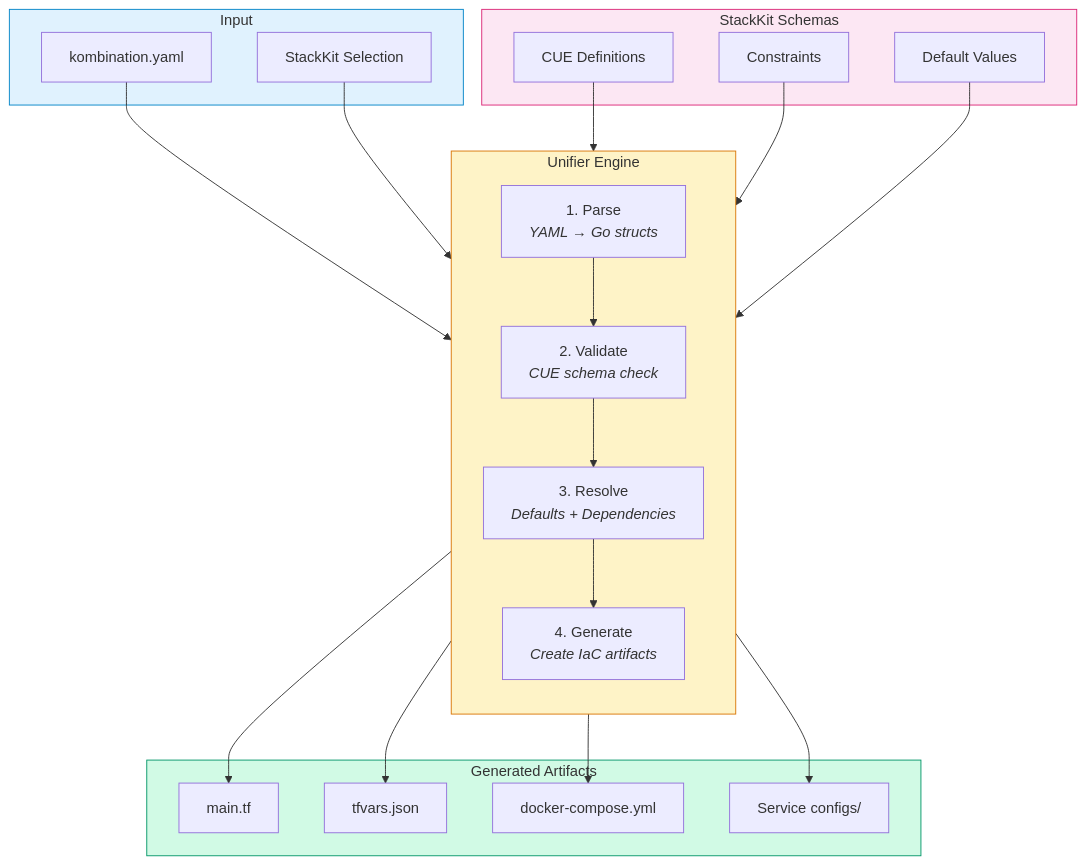
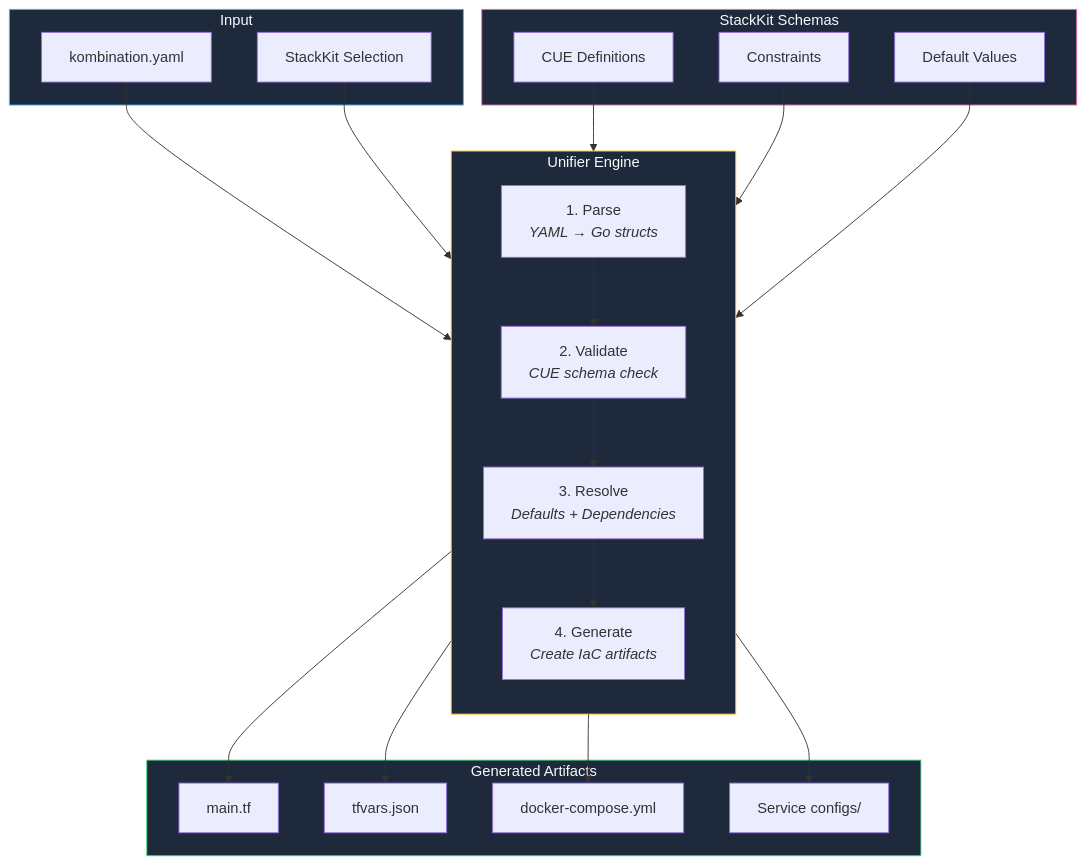
The second of 4 diagrams in concepts/spec-driven.mdx (KombiverseLabs/docs), drawn with Mermaid before and after one commit. The commit also changed other lines of this file and 33 other files, not shown here.

````diff
--- a/concepts/spec-driven.mdx
+++ b/concepts/spec-driven.mdx
@@ -187,40 +185,40 @@
 ```mermaid
 flowchart TB
     subgraph Input["Input"]
         YAML["kombination.yaml"]
         Kit["StackKit Selection"]
     end
 
     subgraph Unifier["Unifier Engine"]
         direction TB
         Parse["1. Parse<br/><i>YAML → Go structs</i>"]
         Validate["2. Validate<br/><i>CUE schema check</i>"]
         Resolve["3. Resolve<br/><i>Defaults + Dependencies</i>"]
         Generate["4. Generate<br/><i>Create IaC artifacts</i>"]
         
         Parse --> Validate --> Resolve --> Generate
     end
 
     subgraph Validation["StackKit Schemas"]
         CUE["CUE Definitions"]
         Constraints["Constraints"]
         Defaults["Default Values"]
     end
 
     subgraph Output["Generated Artifacts"]
         TF["main.tf"]
         Vars["tfvars.json"]
         Compose["docker-compose.yml"]
         Configs["Service configs/"]
     end
 
     YAML --> Parse
     Kit --> Validate
     CUE & Constraints & Defaults --> Validate
     Generate --> TF & Vars & Compose & Configs
 
-    style Input fill:#e0f2fe,stroke:#0284c7
-    style Unifier fill:#fef3c7,stroke:#d97706
-    style Validation fill:#fce7f3,stroke:#db2777
-    style Output fill:#d1fae5,stroke:#059669
+    style Input fill:#1e293b,stroke:#38bdf8,color:#f8fafc
+    style Unifier fill:#1e293b,stroke:#fbbf24,color:#f8fafc
+    style Validation fill:#1e293b,stroke:#f472b6,color:#f8fafc
+    style Output fill:#1e293b,stroke:#4ade80,color:#f8fafc
 ```
````
